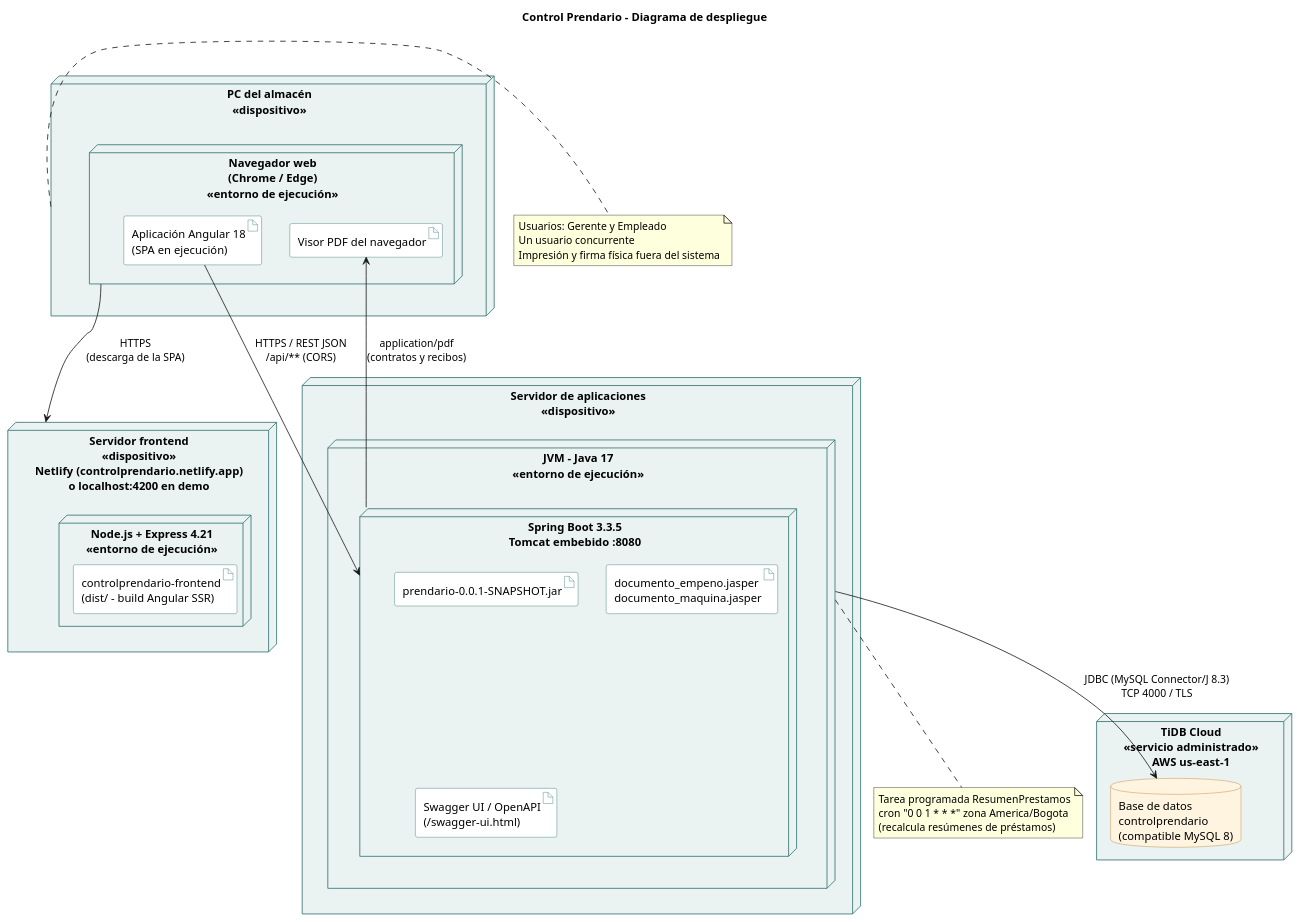
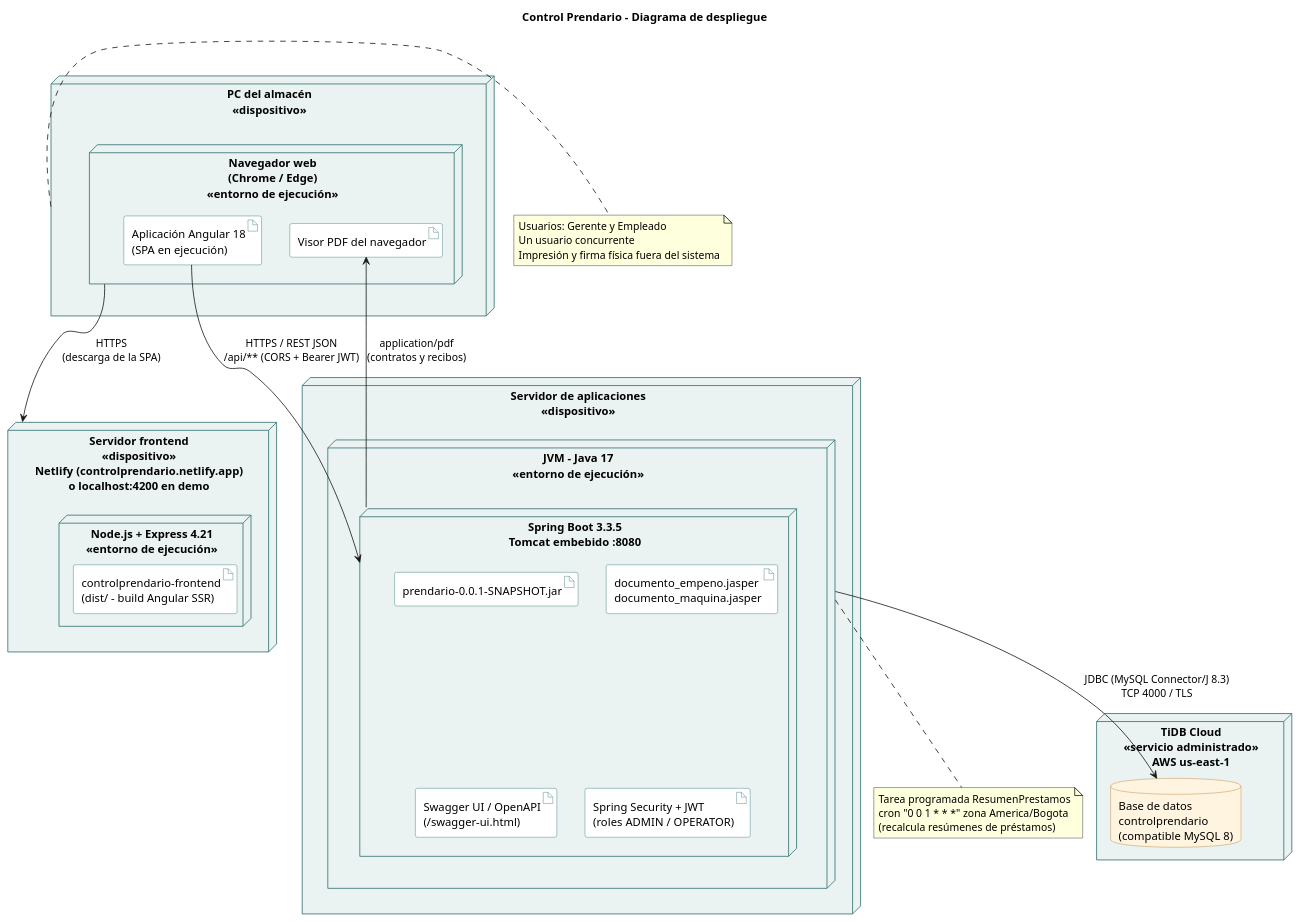
The diagram in docs/diagramas/fuentes/07-despliegue.puml (ElPiston1870/controlprendario-api), drawn with PlantUML before and after one commit. The commit also changed 39 other files, not shown here.

```diff
--- a/docs/diagramas/fuentes/07-despliegue.puml
+++ b/docs/diagramas/fuentes/07-despliegue.puml
@@ -1,64 +1,65 @@
 @startuml 07-despliegue
 ' Diagrama de despliegue - Control Prendario
 ' Fuente: pom.xml, application.properties, WebConfig.java (CORS), informe de avance seccion 15
 title Control Prendario - Diagrama de despliegue
 
 skinparam shadowing false
 skinparam defaultFontName Arial
 skinparam node {
   BackgroundColor #EAF2F2
   BorderColor #2F6F6F
 }
 skinparam artifact {
   BackgroundColor #FFFFFF
   BorderColor #2F6F6F
 }
 skinparam database {
   BackgroundColor #FFF4E0
   BorderColor #B07A2A
 }
 
 node "PC del almacén\n<<dispositivo>>" as pc {
   node "Navegador web\n(Chrome / Edge)\n<<entorno de ejecución>>" as browser {
     artifact "Aplicación Angular 18\n(SPA en ejecución)" as spa
     artifact "Visor PDF del navegador" as visor
   }
 }
 
 node "Servidor frontend\n<<dispositivo>>\nNetlify (controlprendario.netlify.app)\no localhost:4200 en demo" as front {
   node "Node.js + Express 4.21\n<<entorno de ejecución>>" as node {
     artifact "controlprendario-frontend\n(dist/ - build Angular SSR)" as dist
   }
 }
 
 node "Servidor de aplicaciones\n<<dispositivo>>" as appsrv {
   node "JVM - Java 17\n<<entorno de ejecución>>" as jvm {
     node "Spring Boot 3.3.5\nTomcat embebido :8080" as boot {
       artifact "prendario-0.0.1-SNAPSHOT.jar" as jar
       artifact "documento_empeno.jasper\ndocumento_maquina.jasper" as jasper
       artifact "Swagger UI / OpenAPI\n(/swagger-ui.html)" as swagger
+      artifact "Spring Security + JWT\n(roles ADMIN / OPERATOR)" as sec
     }
   }
 }
 
 node "TiDB Cloud\n<<servicio administrado>>\nAWS us-east-1" as cloud {
   database "Base de datos\ncontrolprendario\n(compatible MySQL 8)" as db
 }
 
 browser --> front : HTTPS\n(descarga de la SPA)
-spa --> boot : HTTPS / REST JSON\n/api/** (CORS)
+spa --> boot : HTTPS / REST JSON\n/api/** (CORS + Bearer JWT)
 boot --> visor : application/pdf\n(contratos y recibos)
 jvm --> db : JDBC (MySQL Connector/J 8.3)\nTCP 4000 / TLS
 
 note bottom of jvm
   Tarea programada ResumenPrestamos
   cron "0 0 1 * * *" zona America/Bogota
   (recalcula resúmenes de préstamos)
 end note
 
 note right of pc
   Usuarios: Gerente y Empleado
   Un usuario concurrente
   Impresión y firma física fuera del sistema
 end note
 @enduml
```
